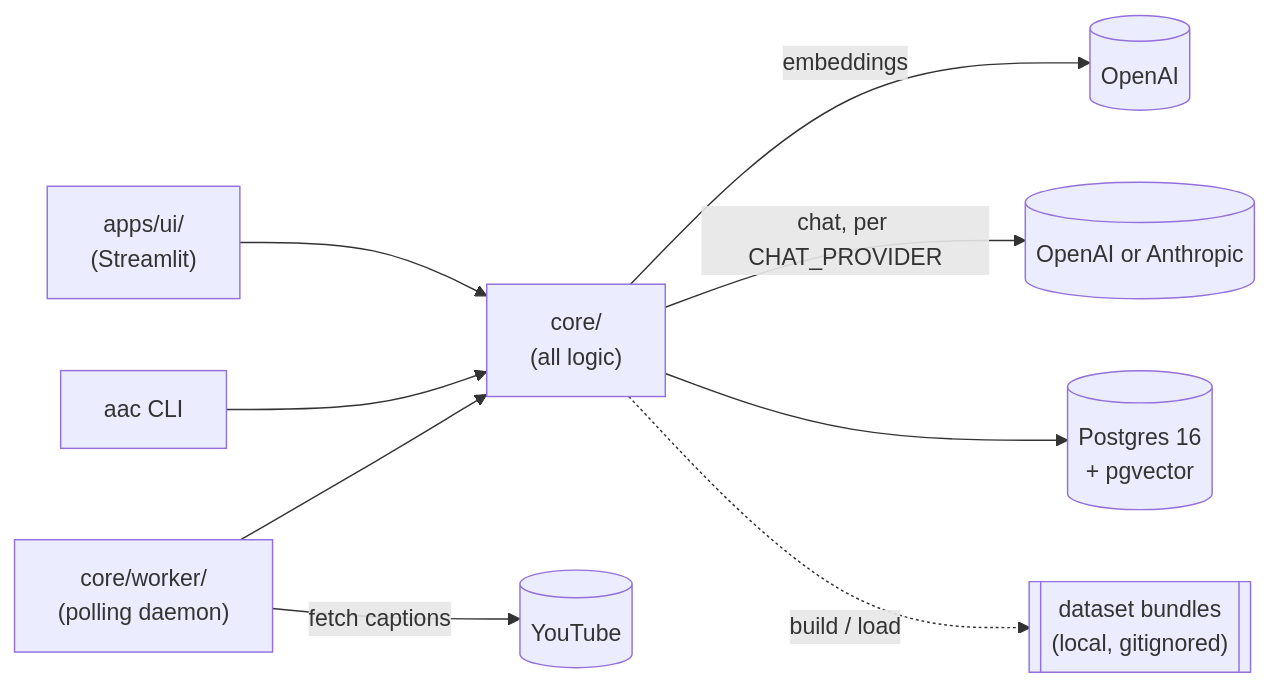
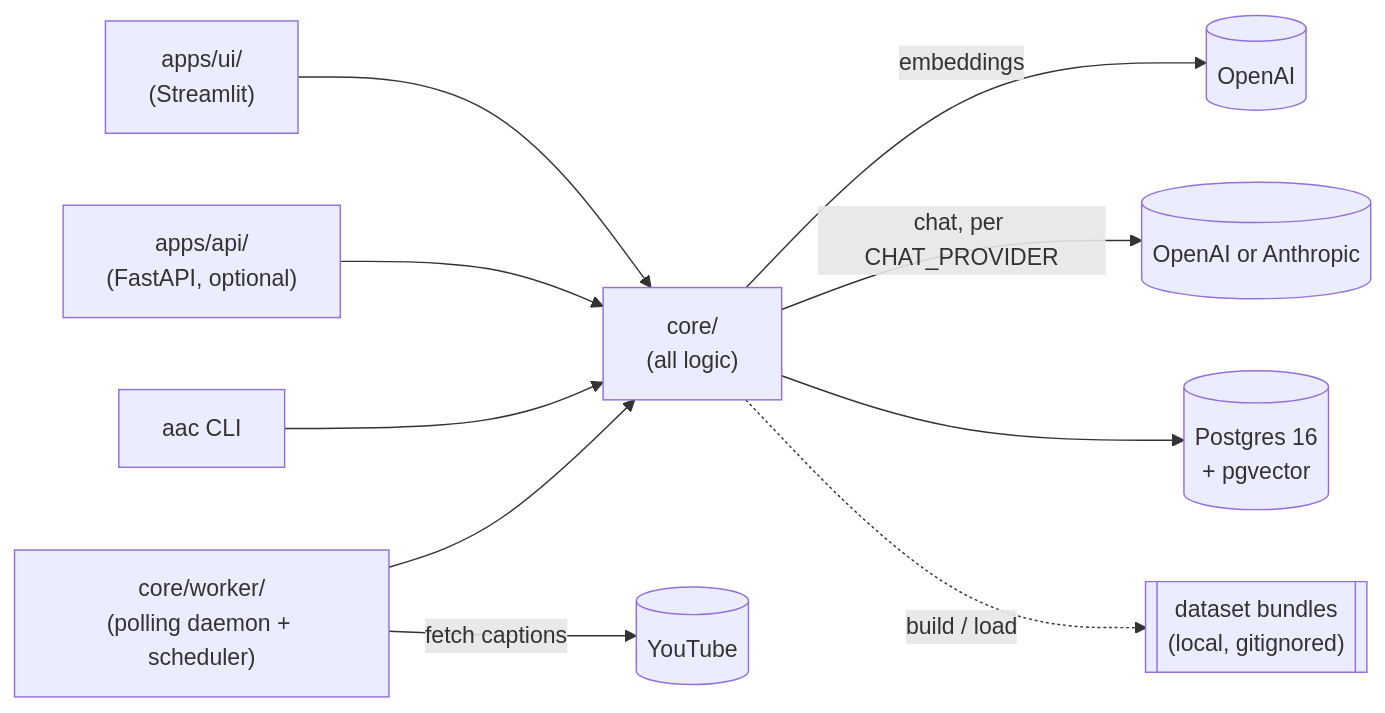
One commit to rokbenko/ask-any-channel changed the diagram in README.md. Above: the diagram before and after it, drawn with Mermaid. The commit also changed other lines of this file and 6 other files, not shown here.

````diff
--- a/README.md
+++ b/README.md
@@ -124,11 +141,12 @@
 ```mermaid
 flowchart LR
     UI["apps/ui/<br/>(Streamlit)"] --> Core["core/<br/>(all logic)"]
+    API["apps/api/<br/>(FastAPI, optional)"] --> Core
     CLI["aac CLI"] --> Core
-    Worker["core/worker/<br/>(polling daemon)"] --> Core
+    Worker["core/worker/<br/>(polling daemon + scheduler)"] --> Core
     Worker -->|fetch captions| YouTube[(YouTube)]
     Core -->|embeddings| OpenAI[(OpenAI)]
     Core -->|chat, per CHAT_PROVIDER| ChatLLM[(OpenAI or Anthropic)]
     Core --> DB[(Postgres 16<br/>+ pgvector)]
     Core -.->|build / load| Bundles[["dataset bundles<br/>(local, gitignored)"]]
 ```
````
